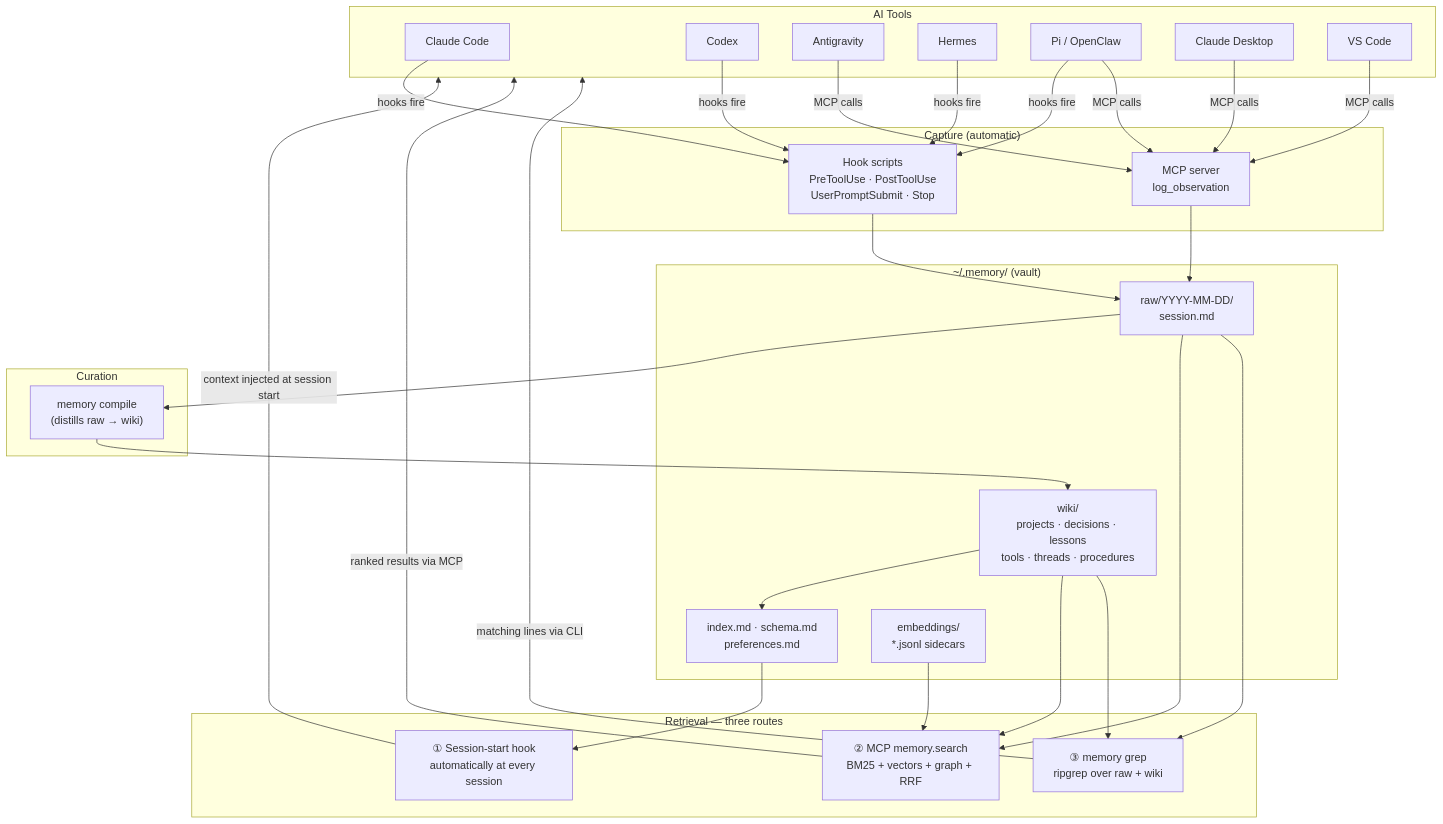
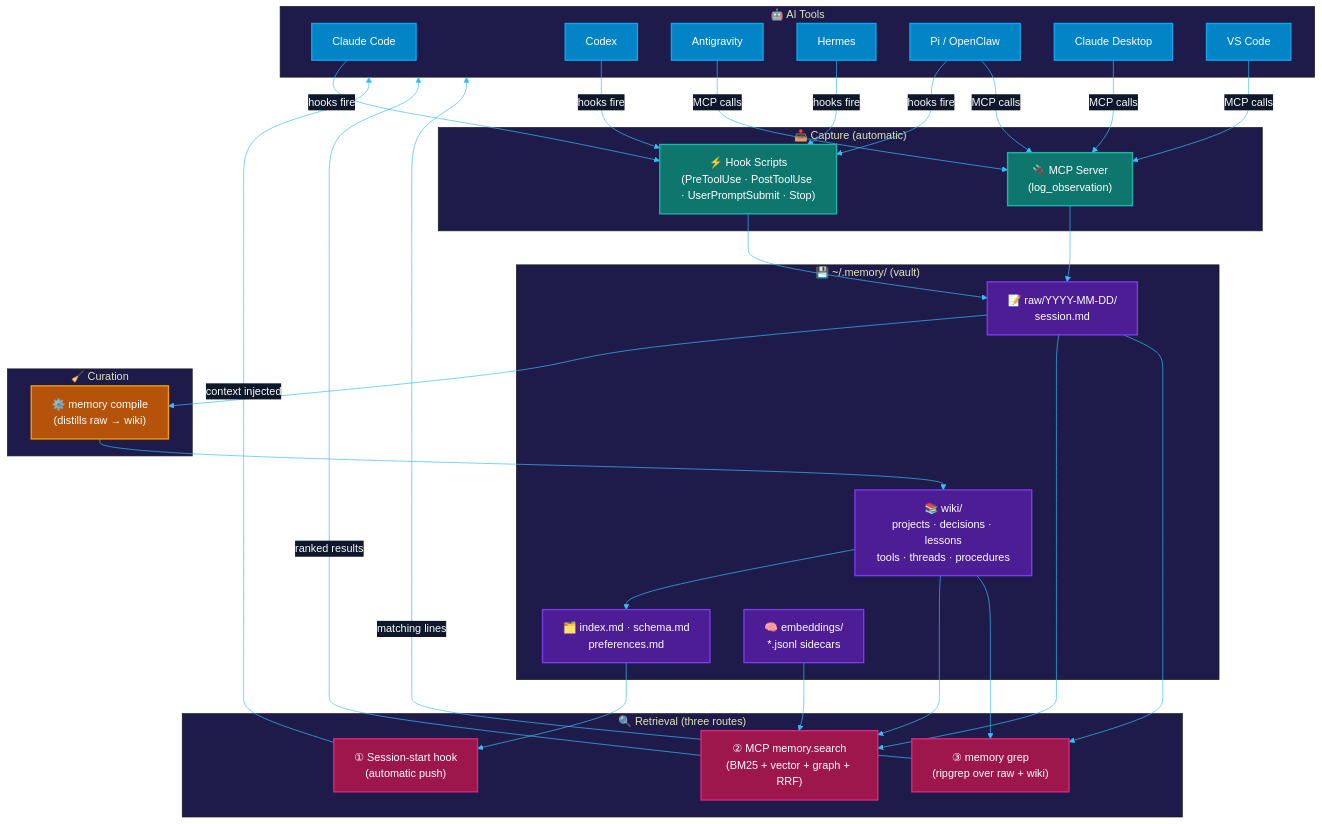
Before and after one commit to GalaxyRuler/memory-fort: the first of 2 diagrams in README.md, drawn with Mermaid. The commit also changed other lines of this file, not shown here.

Commit message:
docs: improve aesthetics of mermaid charts in README

````diff
--- a/README.md
+++ b/README.md
@@ -47,48 +47,71 @@
 ```mermaid
+%%{init: {
+  'theme': 'base',
+  'themeVariables': {
+    'primaryColor': '#1e293b',
+    'primaryTextColor': '#f8fafc',
+    'primaryBorderColor': '#475569',
+    'lineColor': '#38bdf8',
+    'secondaryColor': '#0f172a',
+    'tertiaryColor': '#1e1b4b'
+  }
+}}%%
 flowchart TD
-    subgraph Tools["AI Tools"]
+    subgraph Tools ["🤖 AI Tools"]
         CC["Claude Code"]
         CX["Codex"]
         AG["Antigravity"]
         HE["Hermes"]
         PI["Pi / OpenClaw"]
         CD["Claude Desktop"]
         VS["VS Code"]
     end
 
-    subgraph Capture["Capture (automatic)"]
-        H["Hook scripts\nPreToolUse · PostToolUse\nUserPromptSubmit · Stop"]
-        MCP_IN["MCP server\nlog_observation"]
+    subgraph Capture ["📥 Capture (automatic)"]
+        H["⚡ Hook Scripts<br/>(PreToolUse · PostToolUse · UserPromptSubmit · Stop)"]
+        MCP_IN["🔌 MCP Server<br/>(log_observation)"]
     end
 
-    subgraph Vault["~/.memory/ (vault)"]
-        RAW["raw/YYYY-MM-DD/\nsession.md"]
-        WIKI["wiki/\nprojects · decisions · lessons\ntools · threads · procedures"]
-        IDX["index.md · schema.md\npreferences.md"]
-        EMB["embeddings/\n*.jsonl sidecars"]
+    subgraph Vault ["💾 ~/.memory/ (vault)"]
+        RAW["📝 raw/YYYY-MM-DD/<br/>session.md"]
+        WIKI["📚 wiki/<br/>projects · decisions · lessons<br/>tools · threads · procedures"]
+        IDX["🗂️ index.md · schema.md<br/>preferences.md"]
+        EMB["🧠 embeddings/<br/>*.jsonl sidecars"]
     end
 
-    subgraph Curation["Curation"]
-        COMPILE["memory compile\n(distills raw → wiki)"]
+    subgraph Curation ["🧹 Curation"]
+        COMPILE["⚙️ memory compile<br/>(distills raw → wiki)"]
     end
 
-    subgraph Retrieval["Retrieval — three routes"]
-        SS["① Session-start hook\nautomatically at every session"]
-        SEARCH["② MCP memory.search\nBM25 + vectors + graph + RRF"]
-        GREP["③ memory grep\nripgrep over raw + wiki"]
+    subgraph Retrieval ["🔍 Retrieval (three routes)"]
+        SS["① Session-start hook<br/>(automatic push)"]
+        SEARCH["② MCP memory.search<br/>(BM25 + vector + graph + RRF)"]
+        GREP["③ memory grep<br/>(ripgrep over raw + wiki)"]
     end
 
     CC & CX & HE & PI -->|hooks fire| H
     AG & CD & VS & PI -->|MCP calls| MCP_IN
     H --> RAW
     MCP_IN --> RAW
     RAW --> COMPILE
     COMPILE --> WIKI
     WIKI --> IDX
     IDX --> SS
     WIKI & RAW & EMB --> SEARCH
     RAW & WIKI --> GREP
-    SS -->|context injected at session start| Tools
-    SEARCH -->|ranked results via MCP| Tools
-    GREP -->|matching lines via CLI| Tools
+    SS -->|context injected| Tools
+    SEARCH -->|ranked results| Tools
+    GREP -->|matching lines| Tools
+
+    classDef tool fill:#0284c7,stroke:#0ea5e9,stroke-width:2px,color:#fff;
+    classDef capture fill:#0f766e,stroke:#14b8a6,stroke-width:2px,color:#fff;
+    classDef vault fill:#4c1d95,stroke:#7c3aed,stroke-width:2px,color:#fff;
+    classDef curation fill:#b45309,stroke:#f59e0b,stroke-width:2px,color:#fff;
+    classDef retrieval fill:#9d174d,stroke:#db2777,stroke-width:2px,color:#fff;
+
+    class CC,CX,AG,HE,PI,CD,VS tool;
+    class H,MCP_IN capture;
+    class RAW,WIKI,IDX,EMB vault;
+    class COMPILE curation;
+    class SS,SEARCH,GREP retrieval;
 ```
````
